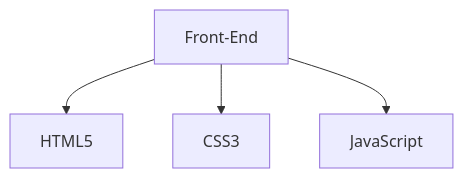
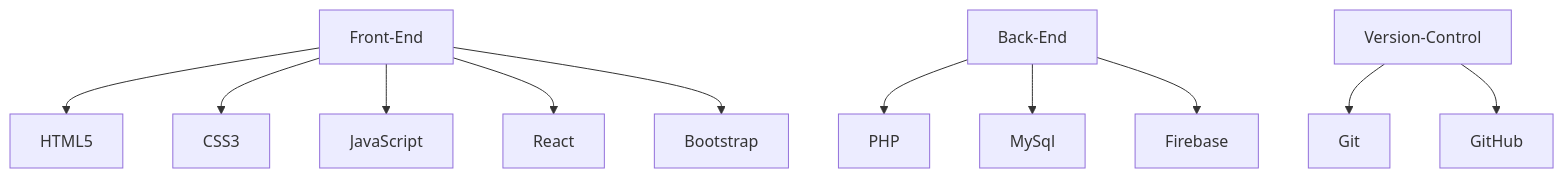
One commit to jeanchongdev/jeanchongdev changed the diagram in README.md. Above: the diagram before and after it, drawn with Mermaid. The commit also changed other lines of this file, not shown here.

````diff
--- a/README.md
+++ b/README.md
@@ -56,6 +56,15 @@
  ```mermaid
 graph TD;
     Front-End-->HTML5;
     Front-End-->CSS3;
     Front-End-->JavaScript;
+    Front-End-->React;
+    Front-End-->Bootstrap;
+
+    Back-End-->PHP;
+    Back-End-->MySql;
+    Back-End-->Firebase;
+
+    Version-Control-->Git;
+    Version-Control-->GitHub;
 ```
````
